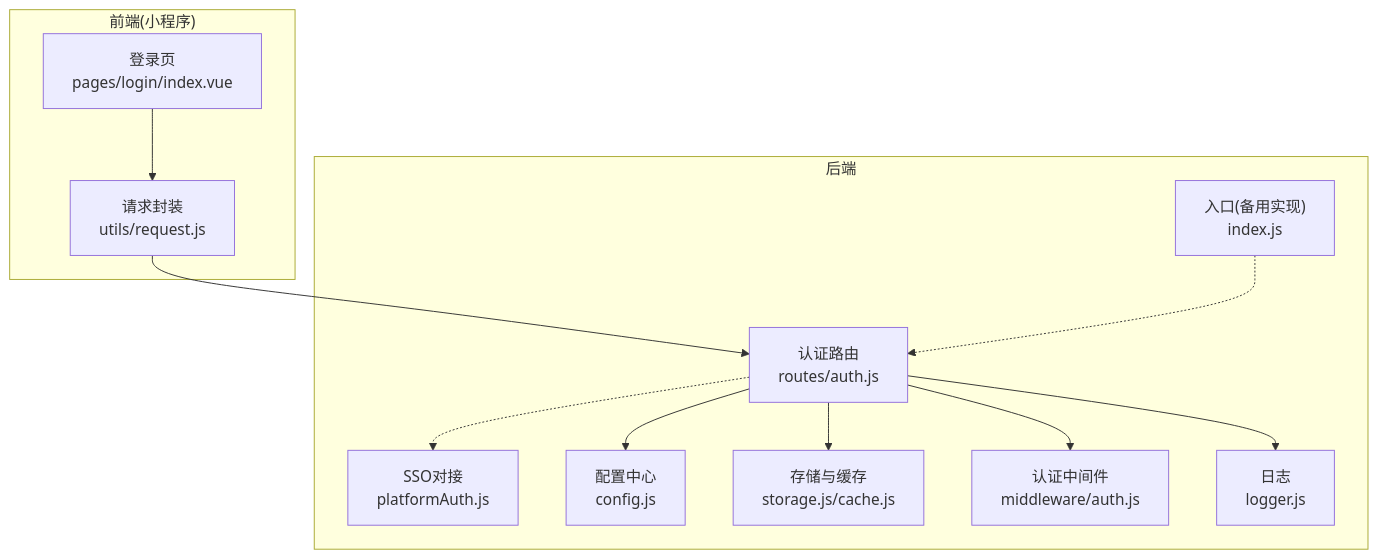
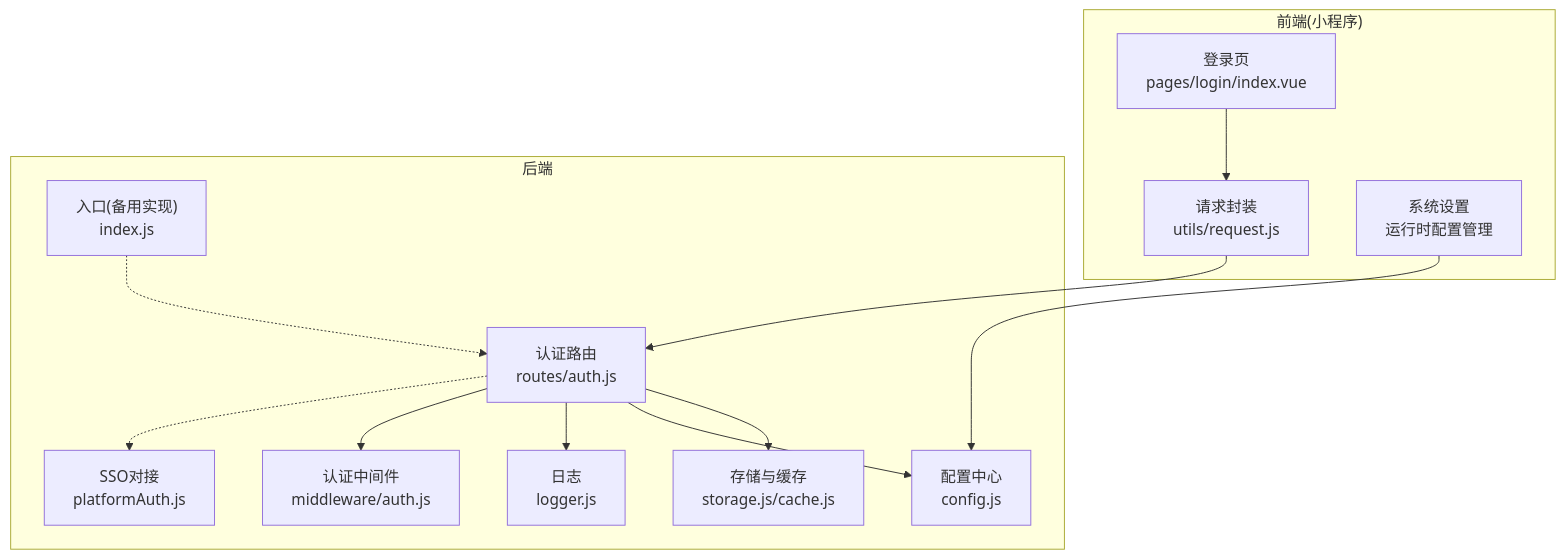
One commit to Giraffe-Han/microAPP changed the first of 8 diagrams in .qoder/repowiki/zh/content/后端服务架构/认证与授权系统/微信登录集成.md. Above: the diagram before and after it, drawn with Mermaid. The commit also changed other lines of this file and 14 other files, not shown here.

````diff
--- a/.qoder/repowiki/zh/content/后端服务架构/认证与授权系统/微信登录集成.md
+++ b/.qoder/repowiki/zh/content/后端服务架构/认证与授权系统/微信登录集成.md
@@ -34,24 +42,26 @@
 ```mermaid
 graph TB
 subgraph "前端(小程序)"
 LoginVue["登录页<br/>pages/login/index.vue"]
 RequestJS["请求封装<br/>utils/request.js"]
+SystemSettings["系统设置<br/>运行时配置管理"]
 end
 subgraph "后端"
 AuthRoute["认证路由<br/>routes/auth.js"]
 PlatformAuth["SSO对接<br/>platformAuth.js"]
 Config["配置中心<br/>config.js"]
 Storage["存储与缓存<br/>storage.js/cache.js"]
 Middleware["认证中间件<br/>middleware/auth.js"]
 Logger["日志<br/>logger.js"]
 Index["入口(备用实现)<br/>index.js"]
 end
 LoginVue --> RequestJS
 RequestJS --> AuthRoute
 AuthRoute --> Storage
 AuthRoute --> Config
 AuthRoute --> Logger
 AuthRoute --> Middleware
 AuthRoute -.-> PlatformAuth
 Index -.-> AuthRoute
+SystemSettings --> Config
 ```
````
